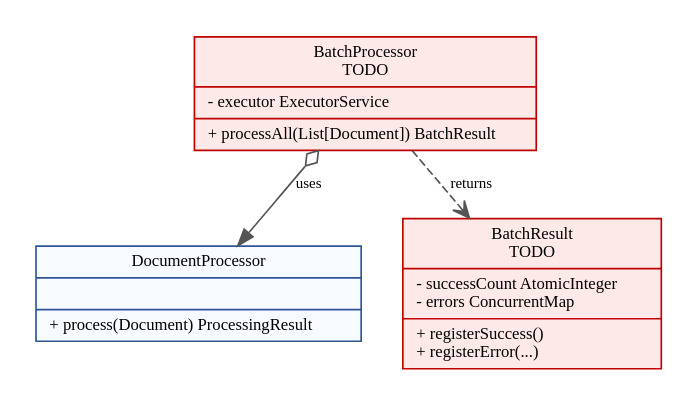
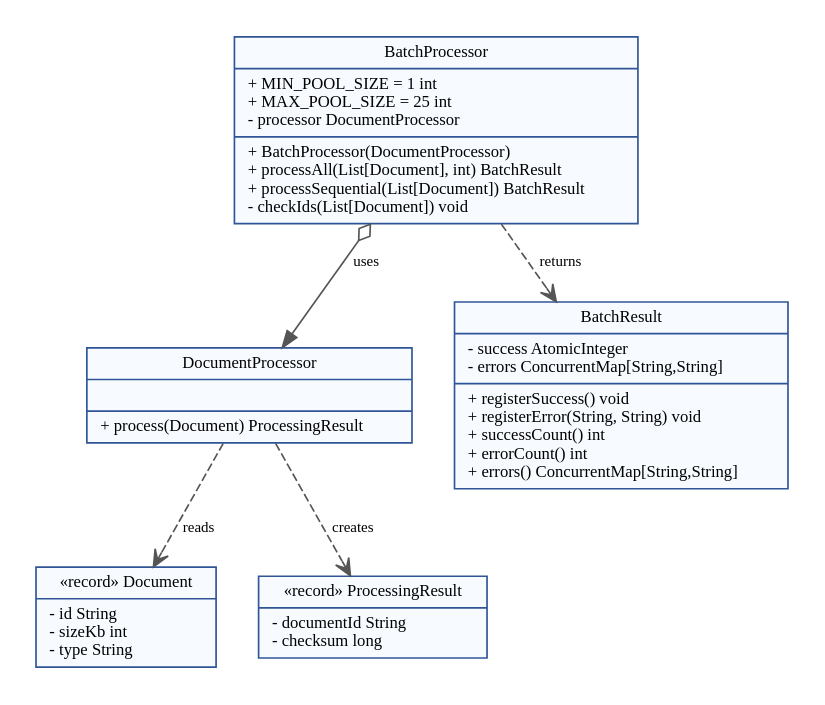
One commit to svpeditor/pr16-klimashevskiy-da changed the diagram in diagrams/class.dot. Above: the diagram before and after it, drawn with Graphviz. The commit also changed 3 other files, not shown here.

Commit message:
Итоговые activity-диаграмма и диаграмма классов

```diff
--- a/diagrams/class.dot
+++ b/diagrams/class.dot
@@ -1,10 +1,14 @@
 digraph C {
-graph [rankdir=TB, bgcolor="white", pad=0.2, nodesep=0.35, ranksep=0.4];
+graph [rankdir=TB, bgcolor="white", pad=0.2, nodesep=0.35, ranksep=0.5];
 node [shape=record, style="filled", fontname="Times New Roman", fontsize=10, color="#2F5597", fillcolor="#F7FBFF"];
 edge [fontname="Times New Roman", fontsize=9, color="#555555"];
-p [label="{DocumentProcessor||+ process(Document) ProcessingResult\l}", fillcolor="#F7FBFF", color="#2F5597"];
-b [label="{BatchProcessor\nTODO|- executor ExecutorService\l|+ processAll(List[Document]) BatchResult\l}", fillcolor="#FDE9E7", color="#C00000"];
-res [label="{BatchResult\nTODO|- successCount AtomicInteger\l- errors ConcurrentMap\l|+ registerSuccess()\l+ registerError(...)\l}", fillcolor="#FDE9E7", color="#C00000"];
+b [label="{BatchProcessor|+ MIN_POOL_SIZE = 1 int\l+ MAX_POOL_SIZE = 25 int\l- processor DocumentProcessor\l|+ BatchProcessor(DocumentProcessor)\l+ processAll(List[Document], int) BatchResult\l+ processSequential(List[Document]) BatchResult\l- checkIds(List[Document]) void\l}"];
+p [label="{DocumentProcessor||+ process(Document) ProcessingResult\l}"];
+res [label="{BatchResult|- success AtomicInteger\l- errors ConcurrentMap[String,String]\l|+ registerSuccess() void\l+ registerError(String, String) void\l+ successCount() int\l+ errorCount() int\l+ errors() ConcurrentMap[String,String]\l}"];
+d [label="{«record» Document|- id String\l- sizeKb int\l- type String\l}"];
+pr [label="{«record» ProcessingResult|- documentId String\l- checksum long\l}"];
 b -> p [label="uses",arrowtail=odiamond,dir=both];
 b -> res [label="returns",style=dashed,arrowhead=open];
+p -> d [label="reads",style=dashed,arrowhead=open];
+p -> pr [label="creates",style=dashed,arrowhead=open];
 }
```
